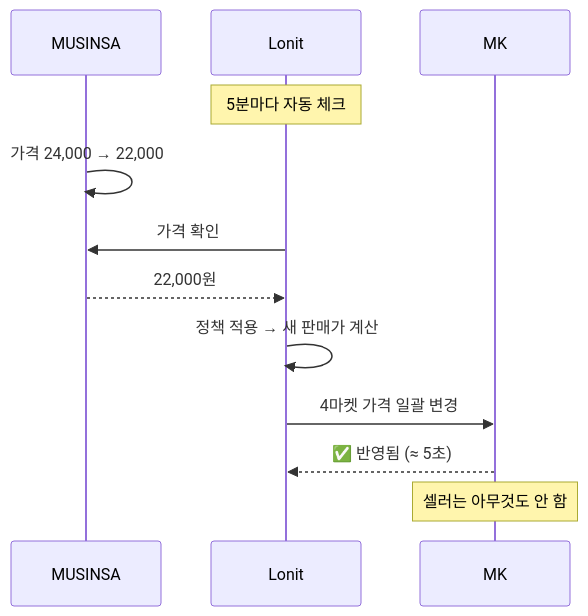
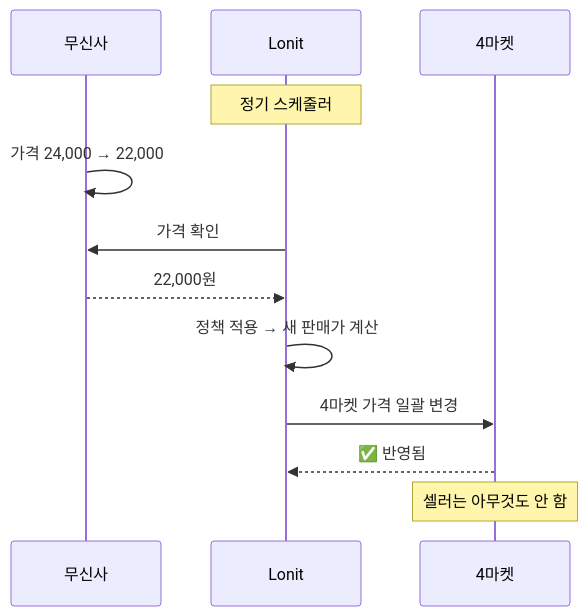
Before and after one commit to cksdud5785-design/lonit-manual: the third of 6 diagrams in docs/03-vs-others.md, drawn with Mermaid. The commit also changed other lines of this file and 13 other files, not shown here.

````diff
--- a/docs/03-vs-others.md
+++ b/docs/03-vs-others.md
@@ -94,16 +99,16 @@
 ```mermaid
 sequenceDiagram
-    participant MUSINSA as MUSINSA
+    participant MUSINSA as 무신사
     participant Lonit
-    participant MK as MK
-    Note over Lonit: 5분마다 자동 체크
+    participant MK as 4마켓
+    Note over Lonit: 정기 스케줄러
     
     MUSINSA->>MUSINSA: 가격 24,000 → 22,000
     Lonit->>MUSINSA: 가격 확인
     MUSINSA-->>Lonit: 22,000원
     Lonit->>Lonit: 정책 적용 → 새 판매가 계산
     Lonit->>MK: 4마켓 가격 일괄 변경
-    MK-->>Lonit: ✅ 반영됨 (≈ 5초)
+    MK-->>Lonit: ✅ 반영됨
     
     Note over MK: 셀러는 아무것도 안 함
 ```
````
